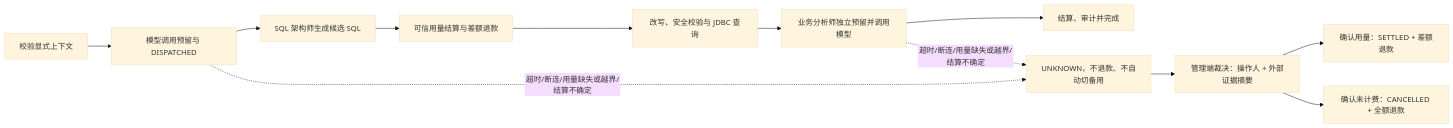
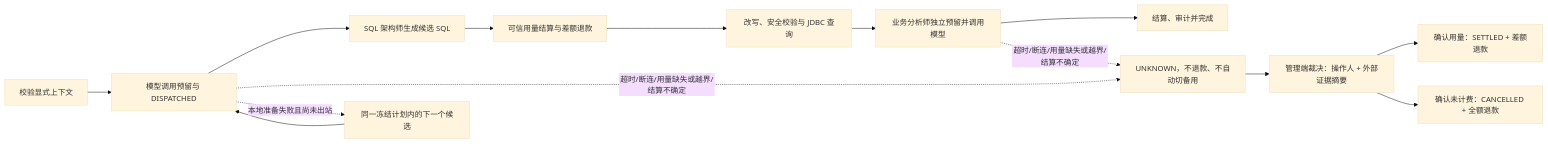
One commit to yuxiuliang/lingsql-engine changed the second of 4 diagrams in docs/Agent插件底座架构.md. Above: the diagram before and after it, drawn with Mermaid (base theme). The commit also changed other lines of this file and 4 other files, not shown here.

````diff
--- a/docs/Agent插件底座架构.md
+++ b/docs/Agent插件底座架构.md
@@ -77,14 +77,16 @@
 ```mermaid
 flowchart LR
     A["校验显式上下文"] --> B["模型调用预留与 DISPATCHED"]
     B --> C["SQL 架构师生成候选 SQL"]
     C --> D["可信用量结算与差额退款"]
     D --> E["改写、安全校验与 JDBC 查询"]
     E --> F["业务分析师独立预留并调用模型"]
     F --> G["结算、审计并完成"]
     B -. "超时/断连/用量缺失或越界/结算不确定" .-> U["UNKNOWN，不退款、不自动切备用"]
+    B -. "本地准备失败且尚未出站" .-> C2["同一冻结计划内的下一个候选"]
+    C2 --> B
     F -. "超时/断连/用量缺失或越界/结算不确定" .-> U
     U --> R["管理端裁决：操作人 + 外部证据摘要"]
     R --> S["确认用量：SETTLED + 差额退款"]
     R --> X["确认未计费：CANCELLED + 全额退款"]
 ```
````
